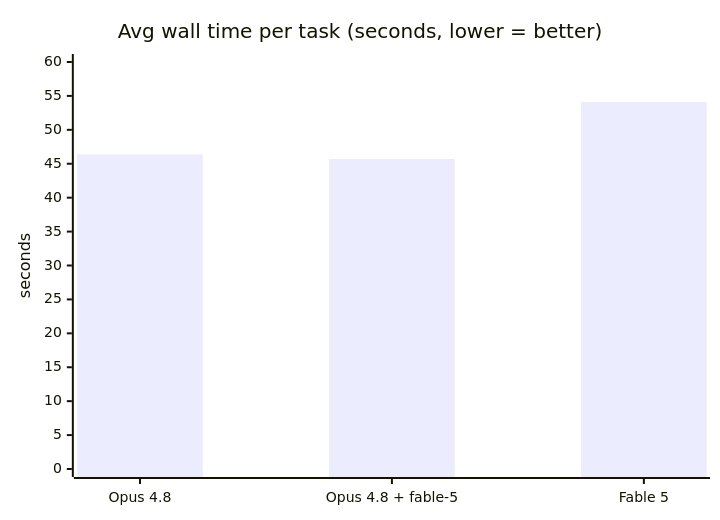
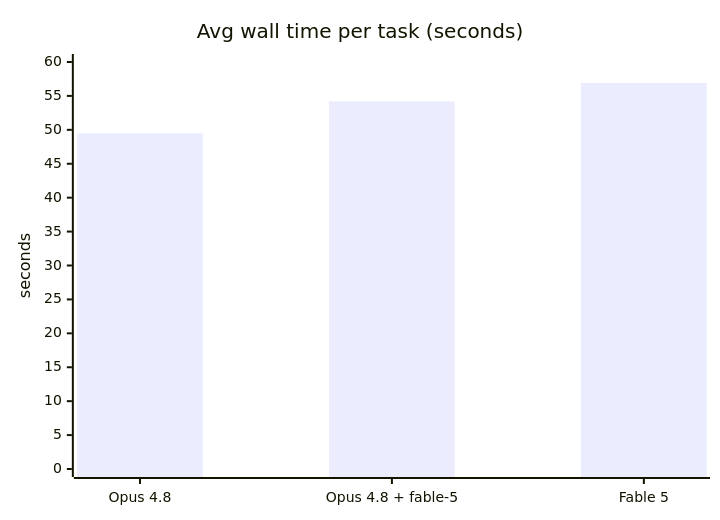
One commit to Learn57130/fable-5 changed the second of 2 diagrams in README.md. Above: the diagram before and after it, drawn with Mermaid. The commit also changed other lines of this file, not shown here.

````diff
--- a/README.md
+++ b/README.md
@@ -49,7 +49,7 @@
 ```mermaid
 xychart-beta
-    title "Avg wall time per task (seconds, lower = better)"
+    title "Avg wall time per task (seconds)"
     x-axis ["Opus 4.8", "Opus 4.8 + fable-5", "Fable 5"]
     y-axis "seconds" 0 --> 60
-    bar [46.4, 45.7, 54.1]
+    bar [49.5, 54.2, 56.9]
 ```
````
